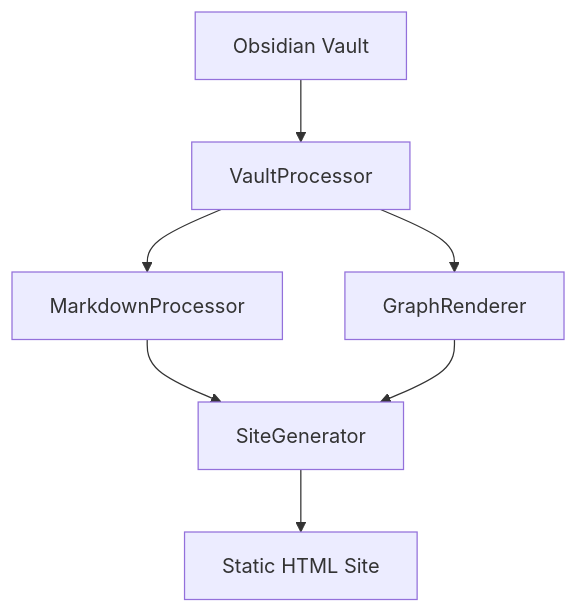
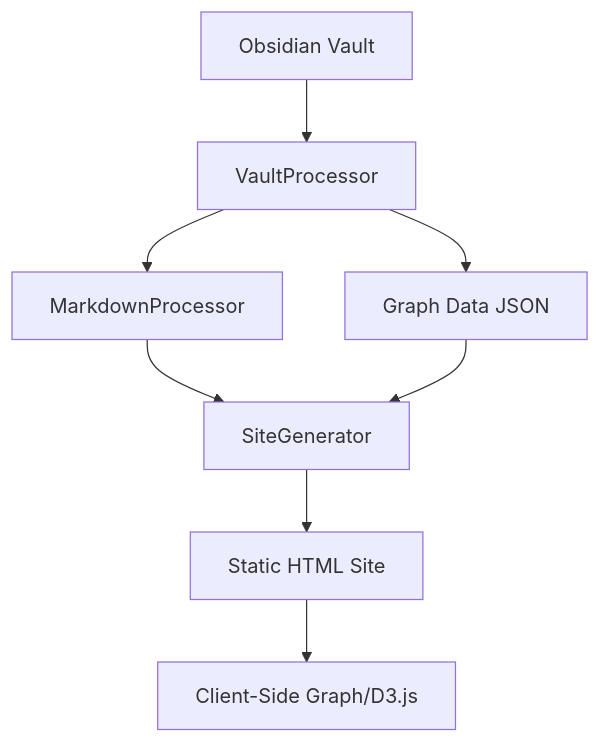
One commit to jwintz/obsidianp changed the diagram in docs/Architecture/Core Components.md. Above: the diagram before and after it, drawn with Mermaid. The commit also changed other lines of this file and 1 other file, not shown here.

Commit message:
Documentation updates and additions.

````diff
--- a/docs/Architecture/Core Components.md
+++ b/docs/Architecture/Core Components.md
@@ -26,9 +26,10 @@
 ```mermaid
 graph TB
     A[Obsidian Vault] --> B[VaultProcessor]
     B --> C[MarkdownProcessor]
-    B --> D[GraphRenderer]
+    B --> D[Graph Data JSON]
     C --> E[SiteGenerator]
     D --> E
     E --> F[Static HTML Site]
+    F --> G[Client-Side Graph/D3.js]
 ```
````
